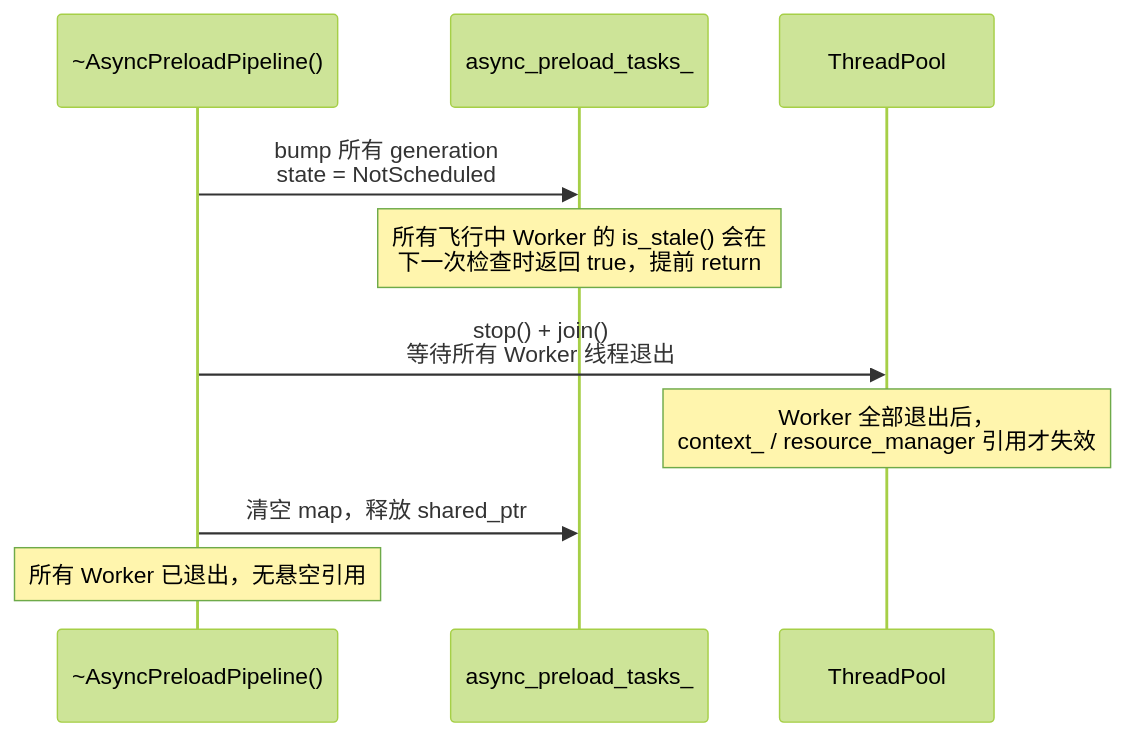
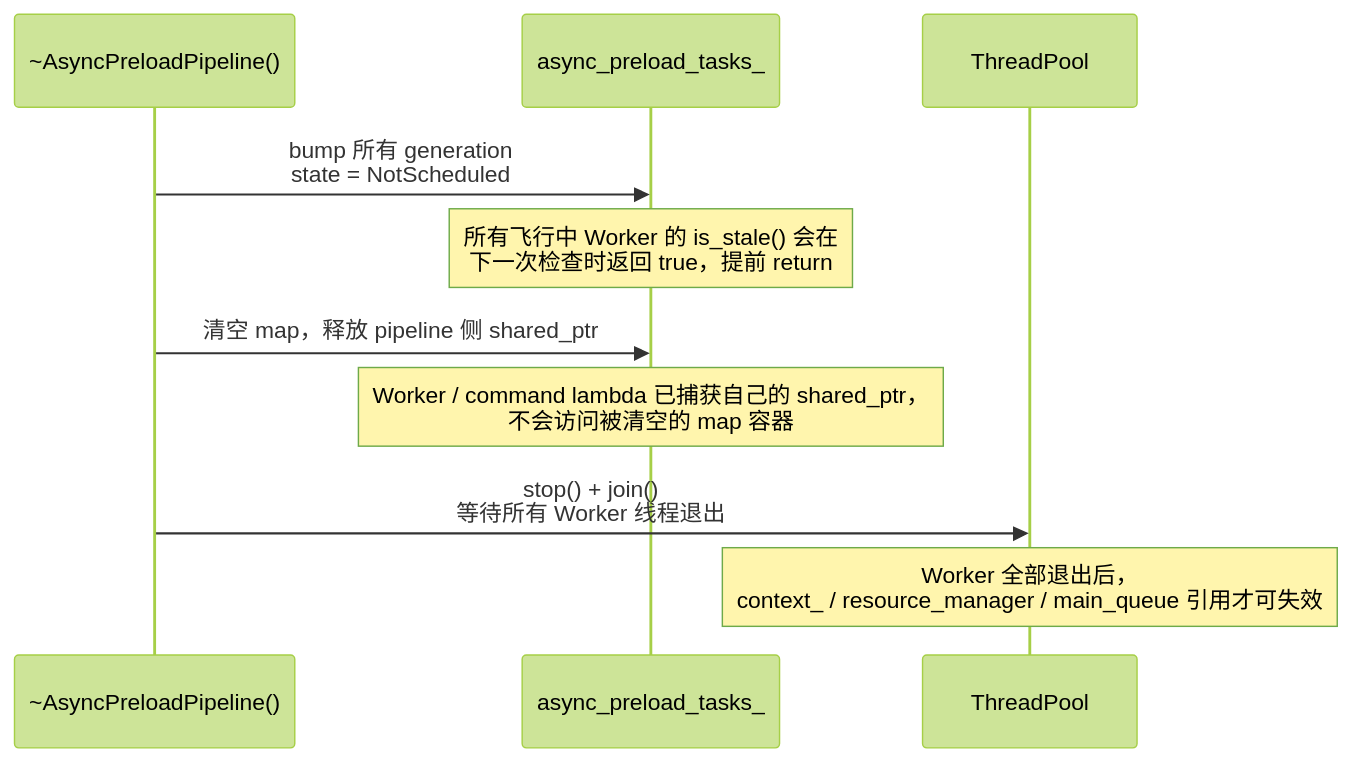
One commit to WispSnow/TinyFarmRPG changed the sixth of 6 diagrams in docs/game/async_preload_pipeline.md. Above: the diagram before and after it, drawn with Mermaid (forest theme). The commit also changed other lines of this file and 11 other files, not shown here.

````diff
--- a/docs/game/async_preload_pipeline.md
+++ b/docs/game/async_preload_pipeline.md
@@ -179,15 +180,15 @@
 ```mermaid
 sequenceDiagram
     participant D as ~AsyncPreloadPipeline()
     participant Tasks as async_preload_tasks_
     participant TP as ThreadPool
 
     D->>Tasks: bump 所有 generation<br/>state = NotScheduled
     Note over Tasks: 所有飞行中 Worker 的 is_stale() 会在<br/>下一次检查时返回 true，提前 return
 
+    D->>Tasks: 清空 map，释放 pipeline 侧 shared_ptr
+    Note over Tasks: Worker / command lambda 已捕获自己的 shared_ptr，<br/>不会访问被清空的 map 容器
+
     D->>TP: stop() + join()<br/>等待所有 Worker 线程退出
-    Note over TP: Worker 全部退出后，<br/>context_ / resource_manager 引用才失效
-
-    D->>Tasks: 清空 map，释放 shared_ptr
-    Note over D: 所有 Worker 已退出，无悬空引用
+    Note over TP: Worker 全部退出后，<br/>context_ / resource_manager / main_queue 引用才可失效
 ```
````
